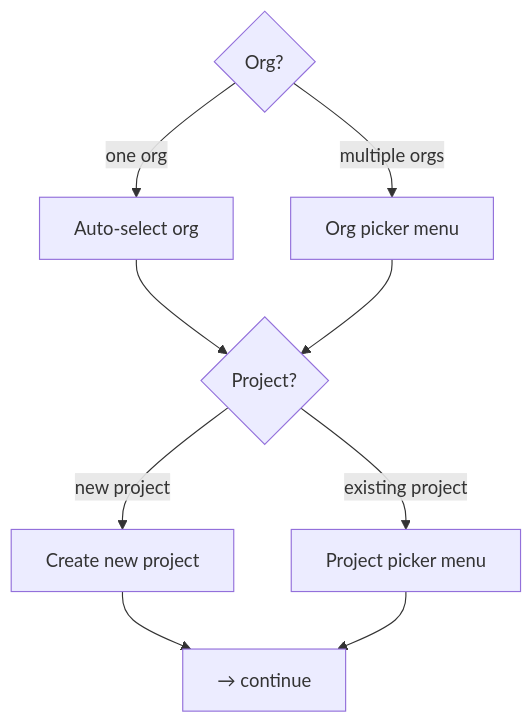
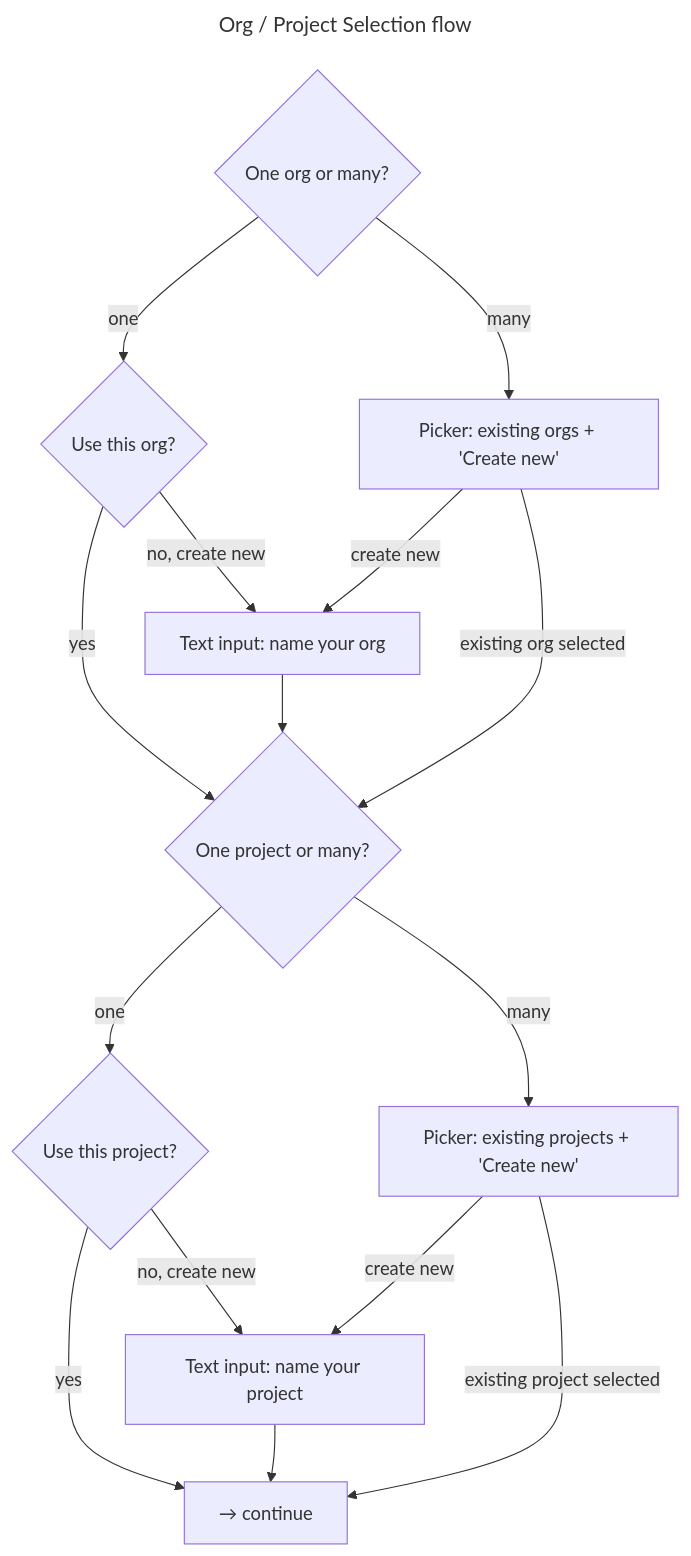
Before and after one commit to amplitude/wizard: the diagram in docs/diagrams/org-project-selection-flow.mmd, drawn with Mermaid. The commit also changed 17 other files, not shown here.

First line of the commit message:
Add CLAUDE.md, expand flows, and update docs

```diff
--- a/docs/diagrams/org-project-selection-flow.mmd
+++ b/docs/diagrams/org-project-selection-flow.mmd
@@ -1,11 +1,20 @@
+---
+title: Org / Project Selection flow
+---
 flowchart TD
-    ORG{Org?}
-    ORG -->|one org| AUTO_ORG["Auto-select org"]
-    ORG -->|multiple orgs| ORG_PICKER["Org picker menu"]
-    AUTO_ORG --> PROJECT
-    ORG_PICKER --> PROJECT
+    ORG{One org or many?}
+    ORG -->|one| ORG_CONFIRM{"Use this org?"}
+    ORG -->|many| ORG_PICKER["Picker: existing orgs + 'Create new'"]
+    ORG_CONFIRM -->|yes| PROJECT
+    ORG_CONFIRM -->|no, create new| ORG_NAME["Text input: name your org"] --> PROJECT
+    ORG_PICKER -->|existing org selected| PROJECT
+    ORG_PICKER -->|create new| ORG_NAME
 
-    PROJECT{Project?}
-    PROJECT -->|new project| NEW_PROJ["Create new project"] --> DONE
-    PROJECT -->|existing project| PROJ_PICKER["Project picker menu"] --> DONE
+    PROJECT{One project or many?}
+    PROJECT -->|one| PROJ_CONFIRM{"Use this project?"}
+    PROJECT -->|many| PROJ_PICKER["Picker: existing projects + 'Create new'"]
+    PROJ_CONFIRM -->|yes| DONE
+    PROJ_CONFIRM -->|no, create new| PROJ_NAME["Text input: name your project"] --> DONE
+    PROJ_PICKER -->|existing project selected| DONE
+    PROJ_PICKER -->|create new| PROJ_NAME
     DONE["→ continue"]
```
